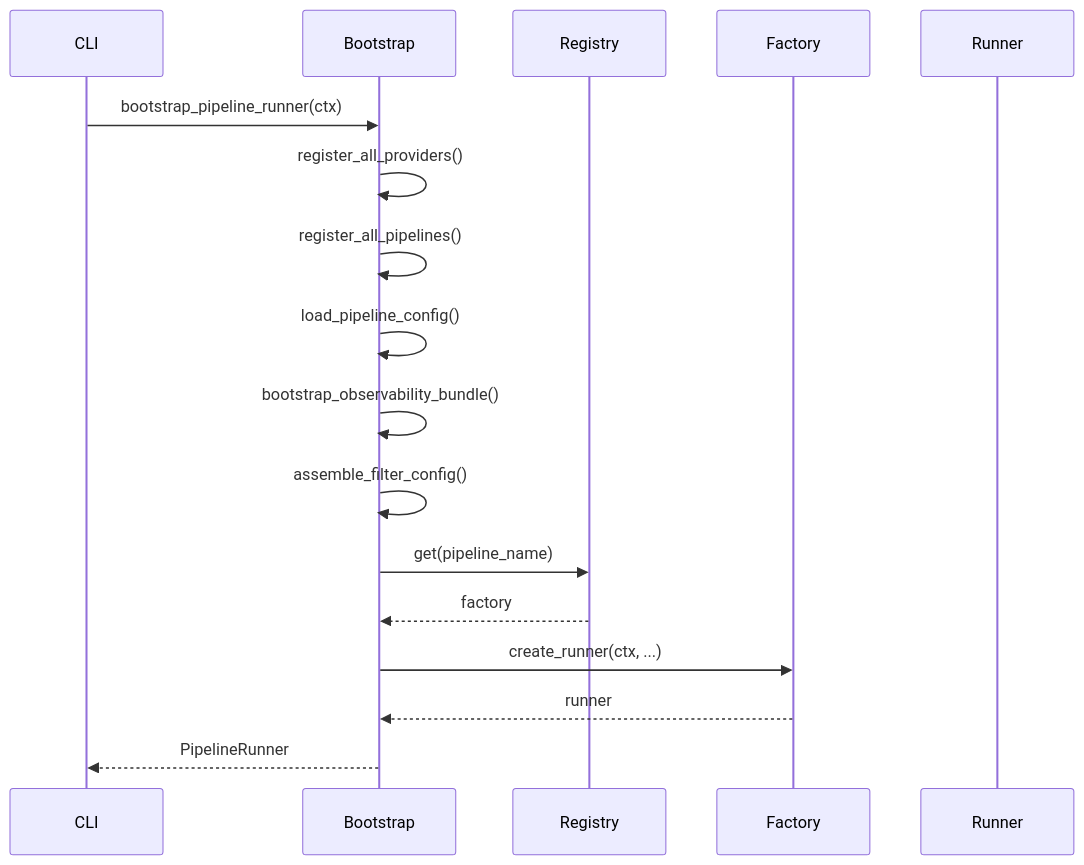
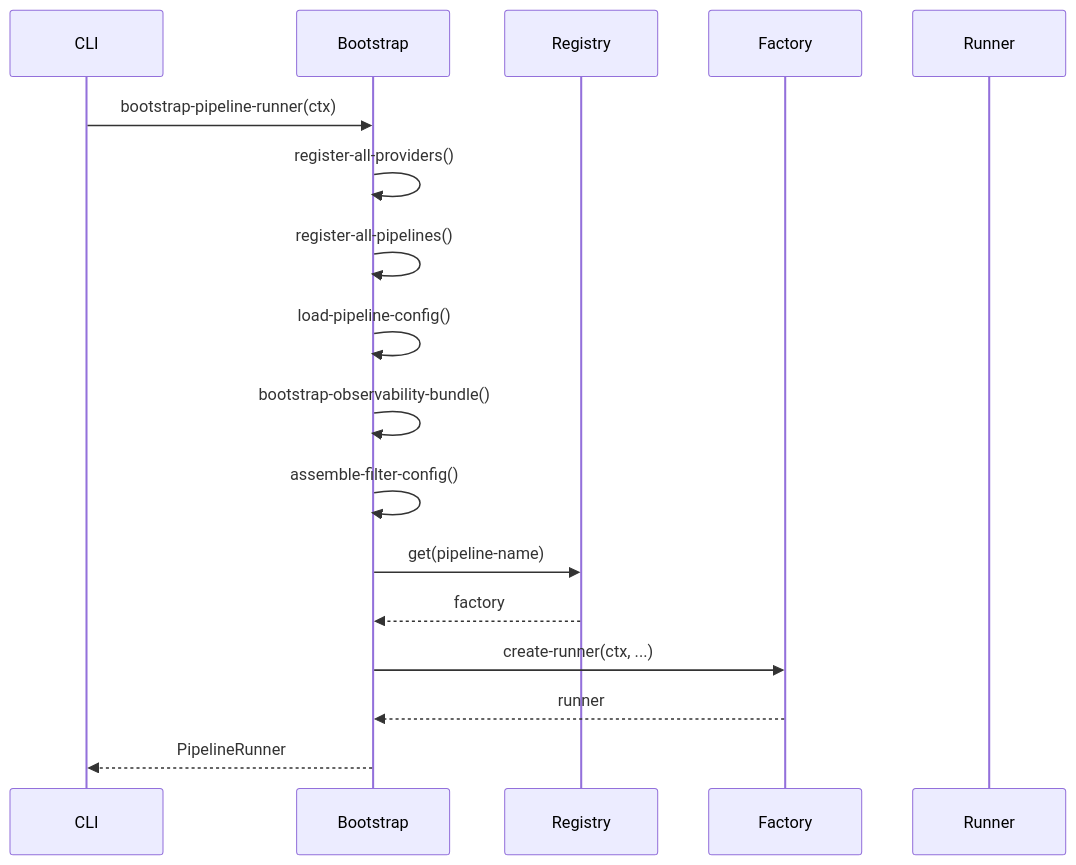
Before and after one commit to SatoryKono/BioactivityDataAcquisition: the second of 2 diagrams in docs/04-reference/api/composition/bootstrap.md, drawn with Mermaid. The commit also changed other lines of this file and 311 other files, not shown here.

````diff
--- a/docs/04-reference/api/composition/bootstrap.md
+++ b/docs/04-reference/api/composition/bootstrap.md
@@ -326,20 +326,20 @@
 ```mermaid
 sequenceDiagram
     participant CLI
     participant Bootstrap
     participant Registry
     participant Factory
     participant Runner
 
-    CLI->>Bootstrap: bootstrap_pipeline_runner(ctx)
-    Bootstrap->>Bootstrap: register_all_providers()
-    Bootstrap->>Bootstrap: register_all_pipelines()
-    Bootstrap->>Bootstrap: load_pipeline_config()
-    Bootstrap->>Bootstrap: bootstrap_observability_bundle()
-    Bootstrap->>Bootstrap: assemble_filter_config()
-    Bootstrap->>Registry: get(pipeline_name)
+    CLI->>Bootstrap: bootstrap-pipeline-runner(ctx)
+    Bootstrap->>Bootstrap: register-all-providers()
+    Bootstrap->>Bootstrap: register-all-pipelines()
+    Bootstrap->>Bootstrap: load-pipeline-config()
+    Bootstrap->>Bootstrap: bootstrap-observability-bundle()
+    Bootstrap->>Bootstrap: assemble-filter-config()
+    Bootstrap->>Registry: get(pipeline-name)
     Registry-->>Bootstrap: factory
-    Bootstrap->>Factory: create_runner(ctx, ...)
+    Bootstrap->>Factory: create-runner(ctx, ...)
     Factory-->>Bootstrap: runner
     Bootstrap-->>CLI: PipelineRunner
 ```
````
